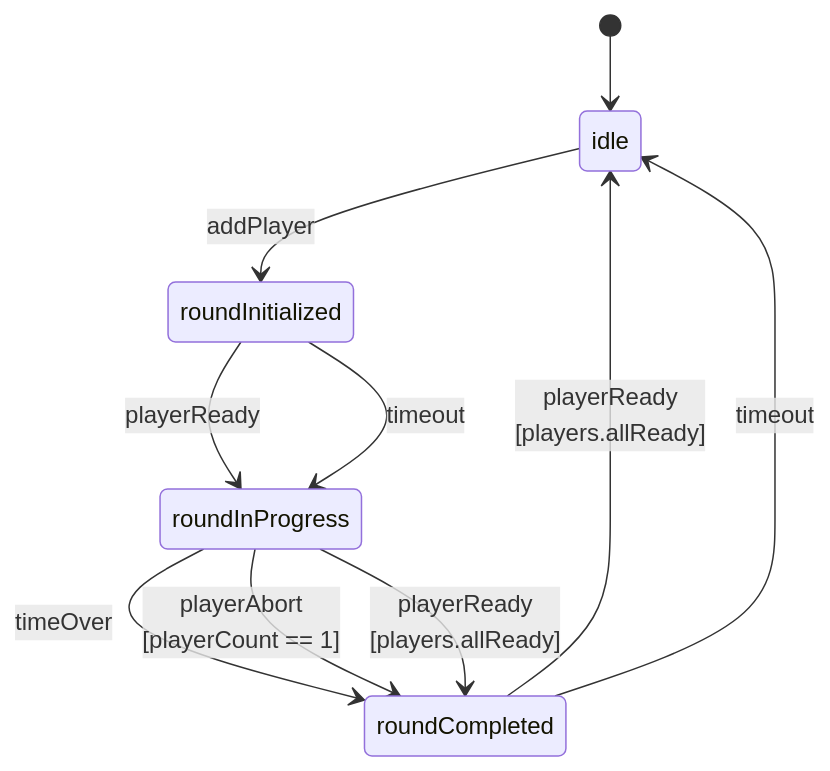
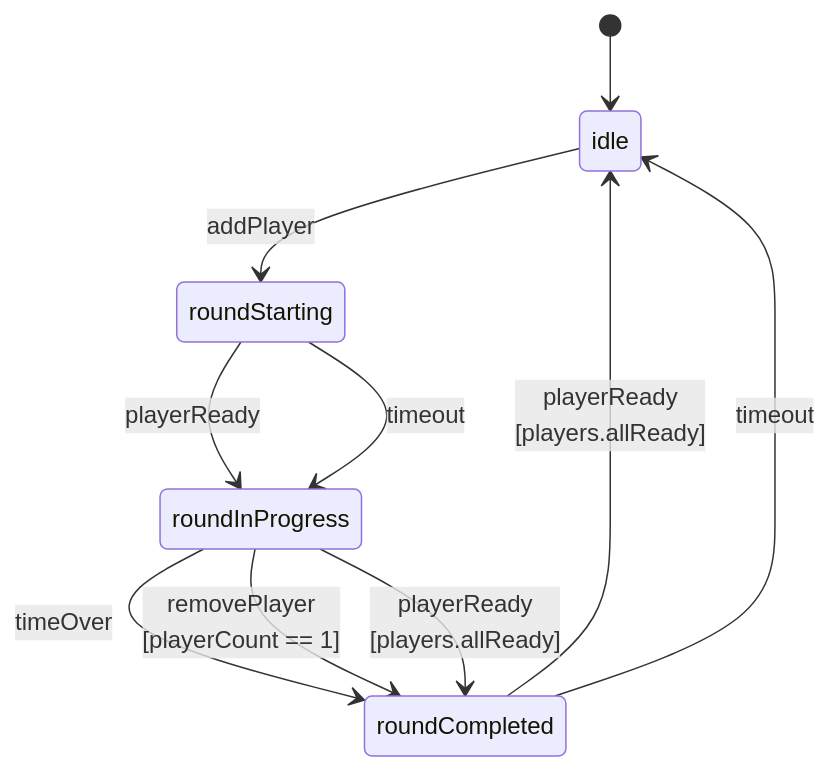
One commit to VasilisAvgoustakis/citizen-quest changed the third of 3 diagrams in doc/dev/new-game-states.md. Above: the diagram before and after it, drawn with Mermaid. The commit also changed other lines of this file and 32 other files, not shown here.

````diff
--- a/doc/dev/new-game-states.md
+++ b/doc/dev/new-game-states.md
@@ -43,12 +43,12 @@
 ```mermaid
 stateDiagram-v2
     [*] --> idle
-    idle --> roundInitialized: addPlayer
-    roundInitialized --> roundInProgress: playerReady
-    roundInitialized --> roundInProgress: timeout
+    idle --> roundStarting: addPlayer
+    roundStarting --> roundInProgress: playerReady
+    roundStarting --> roundInProgress: timeout
     roundInProgress --> roundCompleted: timeOver
-    roundInProgress --> roundCompleted: playerAbort<br>[playerCount == 1]
+    roundInProgress --> roundCompleted: removePlayer<br>[playerCount == 1]
     roundInProgress --> roundCompleted: playerReady<br>[players.allReady]
     roundCompleted --> idle: playerReady<br>[players.allReady]
     roundCompleted --> idle: timeout
 ```
````
